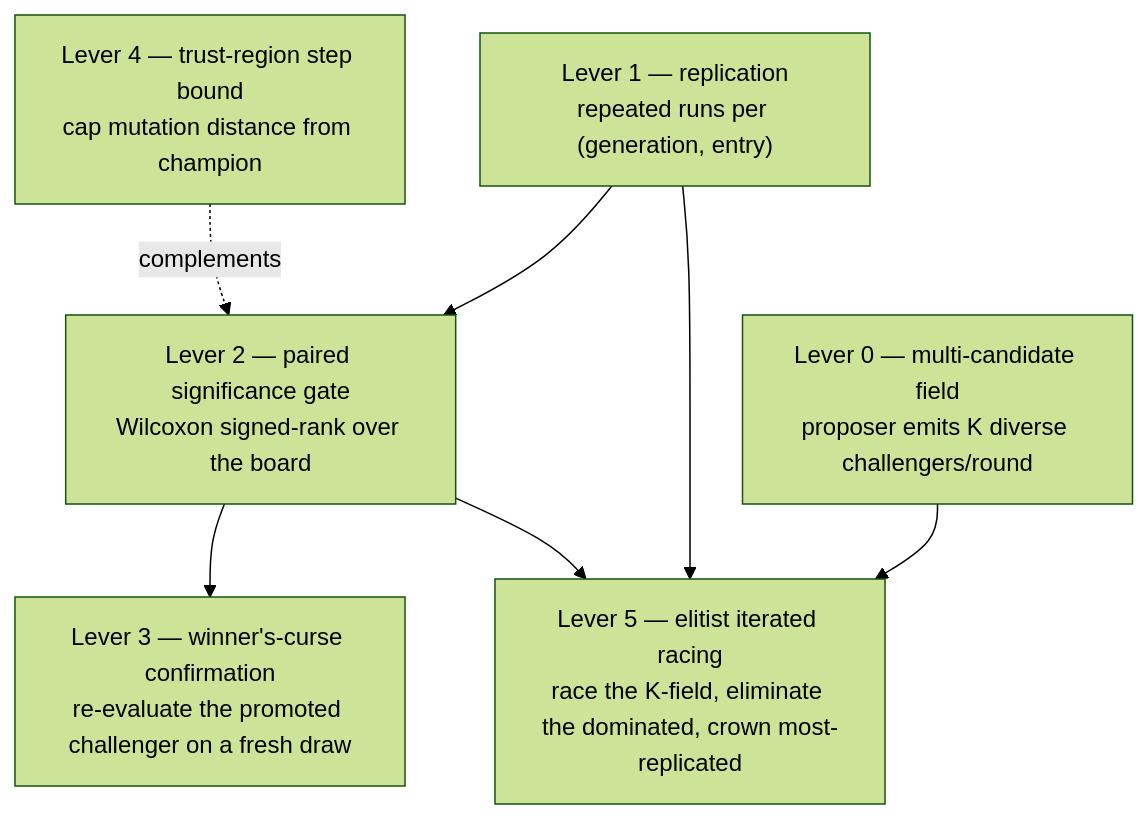
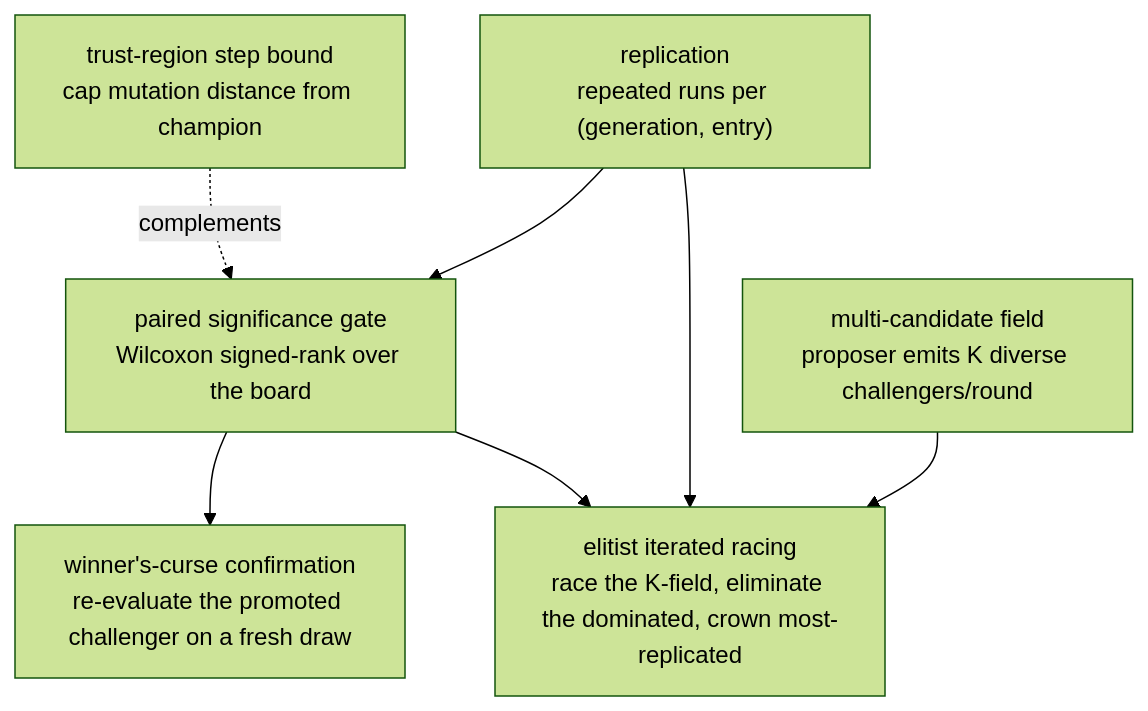
One commit to pedapudi/zicato changed the tenth of 12 diagrams in docs/design/SELECTION.md. Above: the diagram before and after it, drawn with Mermaid (forest theme). The commit also changed other lines of this file and 33 other files, not shown here.

````diff
--- a/docs/design/SELECTION.md
+++ b/docs/design/SELECTION.md
@@ -826,14 +835,14 @@
 ```mermaid
 flowchart TB
-    L0["Lever 0 — multi-candidate field<br/>proposer emits K diverse challengers/round"]
-    L1["Lever 1 — replication<br/>repeated runs per (generation, entry)"]
-    L2["Lever 2 — paired significance gate<br/>Wilcoxon signed-rank over the board"]
-    L3["Lever 3 — winner's-curse confirmation<br/>re-evaluate the promoted challenger on a fresh draw"]
-    L4["Lever 4 — trust-region step bound<br/>cap mutation distance from champion"]
-    L5["Lever 5 — elitist iterated racing<br/>race the K-field, eliminate the dominated, crown most-replicated"]
+    L0["multi-candidate field<br/>proposer emits K diverse challengers/round"]
+    L1["replication<br/>repeated runs per (generation, entry)"]
+    L2["paired significance gate<br/>Wilcoxon signed-rank over the board"]
+    L3["winner's-curse confirmation<br/>re-evaluate the promoted challenger on a fresh draw"]
+    L4["trust-region step bound<br/>cap mutation distance from champion"]
+    L5["elitist iterated racing<br/>race the K-field, eliminate the dominated, crown most-replicated"]
     L0 --> L5
     L1 --> L2 --> L3
     L1 --> L5
     L4 -. complements .-> L2
     L2 --> L5
 ```
````
